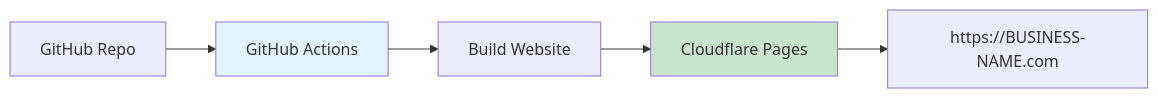
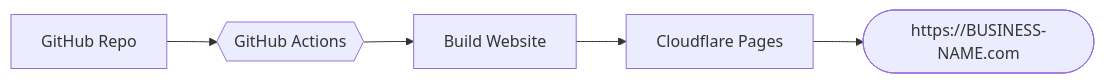
Before and after one commit to borealBytes/startup-blueprint: the diagram in docs/guides/06-deployment-cicd.md, drawn with Mermaid.

Commit message:
refactor(docs): apply Mermaid style guide to deployment guide
- Remove custom fill colors from Architecture diagram
- Add accessibility attributes (accTitle/accDescr)
- Use semantic node IDs instead of single letters
- Ensure diagram renders in GitHub dark mode

````diff
--- a/docs/guides/06-deployment-cicd.md
+++ b/docs/guides/06-deployment-cicd.md
@@ -25,10 +25,10 @@
 ```mermaid
-graph LR
-    A["GitHub Repo"] --> B["GitHub Actions"]
-    B --> C["Build Website"]
-    C --> D["Cloudflare Pages"]
-    D --> E["https://BUSINESS-NAME.com"]
+flowchart LR
+    accTitle: Deployment Pipeline Architecture
+    accDescr: Automated deployment flow from GitHub repo through GitHub Actions and Cloudflare Pages to production website
 
-    style B fill:#e1f5ff
-    style D fill:#c8e6c9
+    github_repo[GitHub Repo] --> github_actions{{GitHub Actions}}
+    github_actions --> build_website[Build Website]
+    build_website --> cloudflare_pages[Cloudflare Pages]
+    cloudflare_pages --> production_site([https://BUSINESS-NAME.com])
 ```
````
